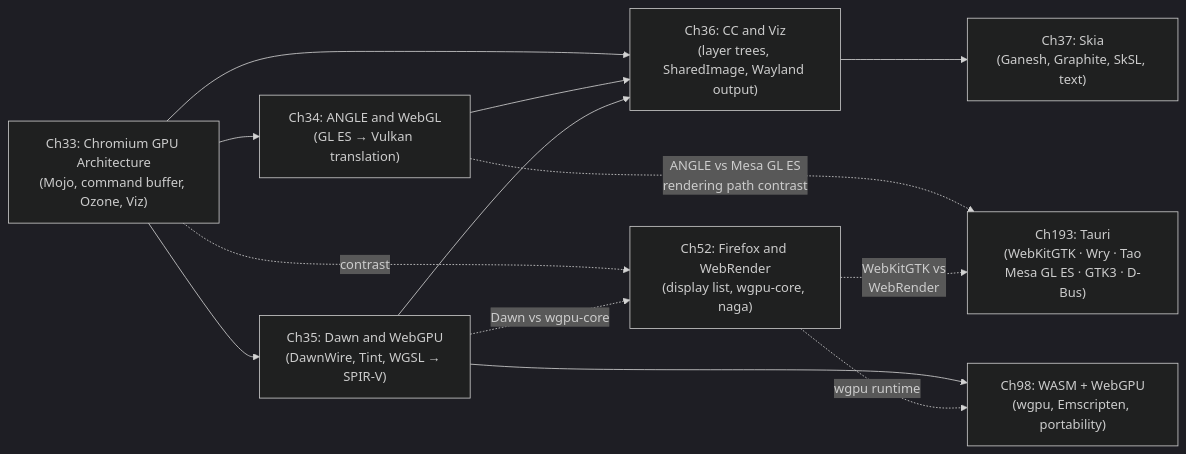
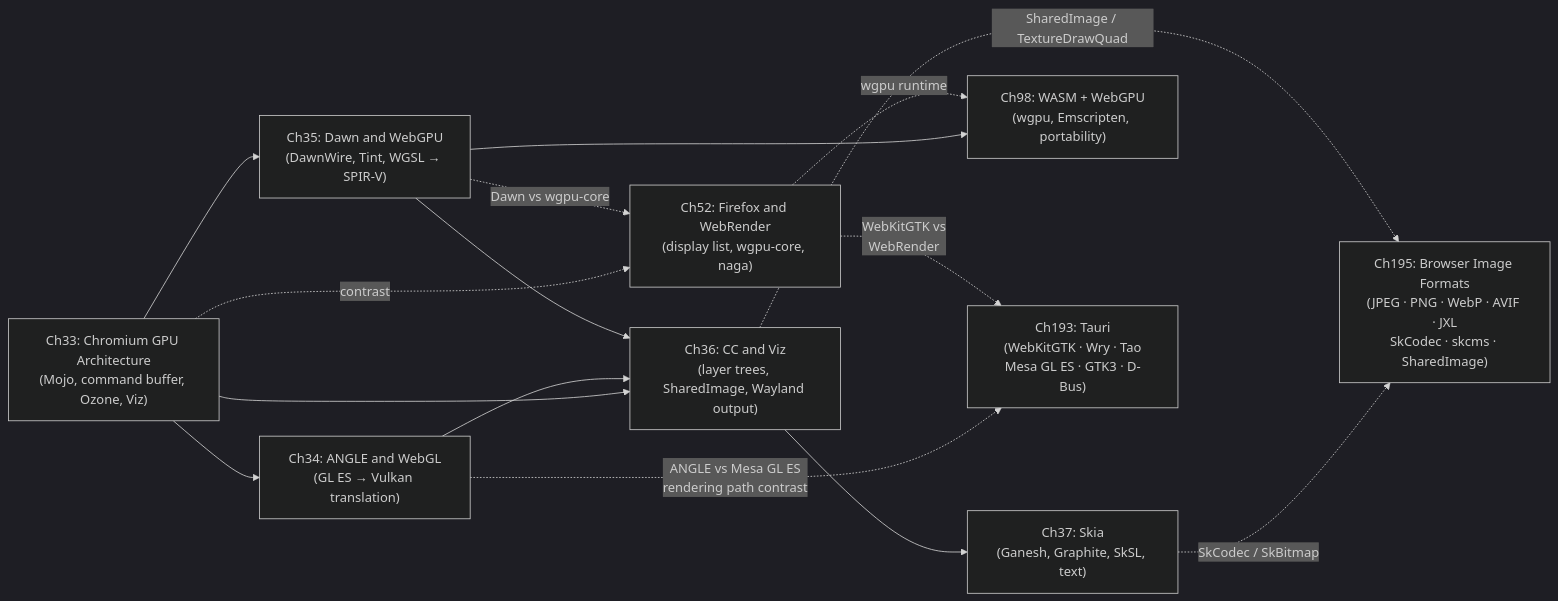
One commit to jreuben11/linux-graphics-stack-book changed the second of 2 diagrams in chapters/part-10-browser-rendering-stack/part-intro.md. Above: the diagram before and after it, drawn with Mermaid (dark theme). The commit also changed other lines of this file and 4 other files, not shown here.

First line of the commit message:
Add ch195 Browser Image Formats + ch37 §12 Canvas Context Types

````diff
--- a/chapters/part-10-browser-rendering-stack/part-intro.md
+++ b/chapters/part-10-browser-rendering-stack/part-intro.md
@@ -162,24 +164,27 @@
 ```mermaid
 graph LR
     Ch33["Ch33: Chromium GPU Architecture\n(Mojo, command buffer, Ozone, Viz)"]
     Ch34["Ch34: ANGLE and WebGL\n(GL ES → Vulkan translation)"]
     Ch35["Ch35: Dawn and WebGPU\n(DawnWire, Tint, WGSL → SPIR-V)"]
     Ch36["Ch36: CC and Viz\n(layer trees, SharedImage, Wayland output)"]
     Ch37["Ch37: Skia\n(Ganesh, Graphite, SkSL, text)"]
     Ch52["Ch52: Firefox and WebRender\n(display list, wgpu-core, naga)"]
     Ch98["Ch98: WASM + WebGPU\n(wgpu, Emscripten, portability)"]
     Ch193["Ch193: Tauri\n(WebKitGTK · Wry · Tao\nMesa GL ES · GTK3 · D-Bus)"]
+    Ch195["Ch195: Browser Image Formats\n(JPEG · PNG · WebP · AVIF · JXL\nSkCodec · skcms · SharedImage)"]
 
     Ch33 --> Ch34
     Ch33 --> Ch35
     Ch33 --> Ch36
     Ch34 --> Ch36
     Ch35 --> Ch36
     Ch36 --> Ch37
     Ch33 -.->|"contrast"| Ch52
     Ch35 -.->|"Dawn vs wgpu-core"| Ch52
     Ch35 --> Ch98
     Ch52 -.->|"wgpu runtime"| Ch98
     Ch34 -.->|"ANGLE vs Mesa GL ES\nrendering path contrast"| Ch193
     Ch52 -.->|"WebKitGTK vs\nWebRender"| Ch193
+    Ch37 -.->|"SkCodec / SkBitmap"| Ch195
+    Ch36 -.->|"SharedImage / TextureDrawQuad"| Ch195
 ```
````
